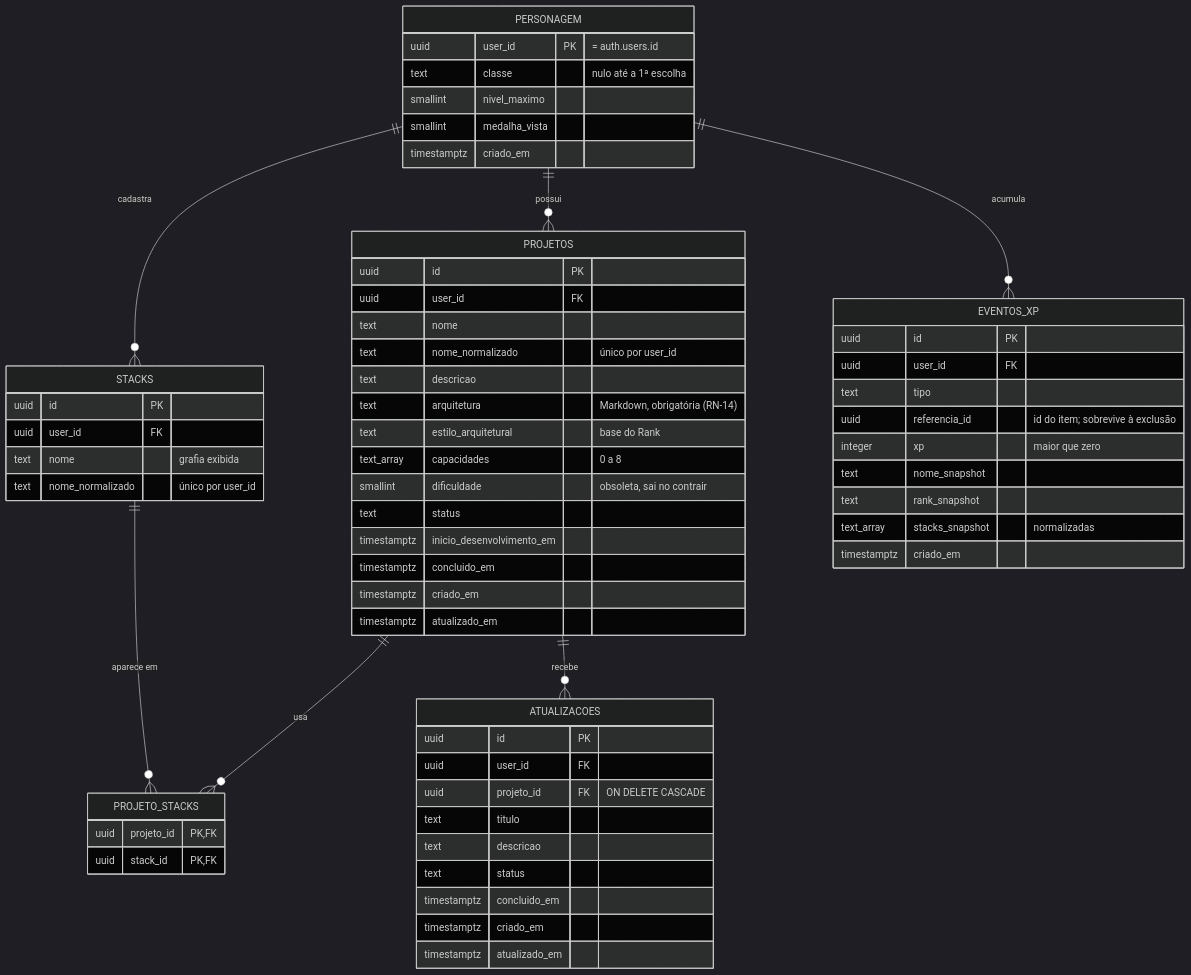
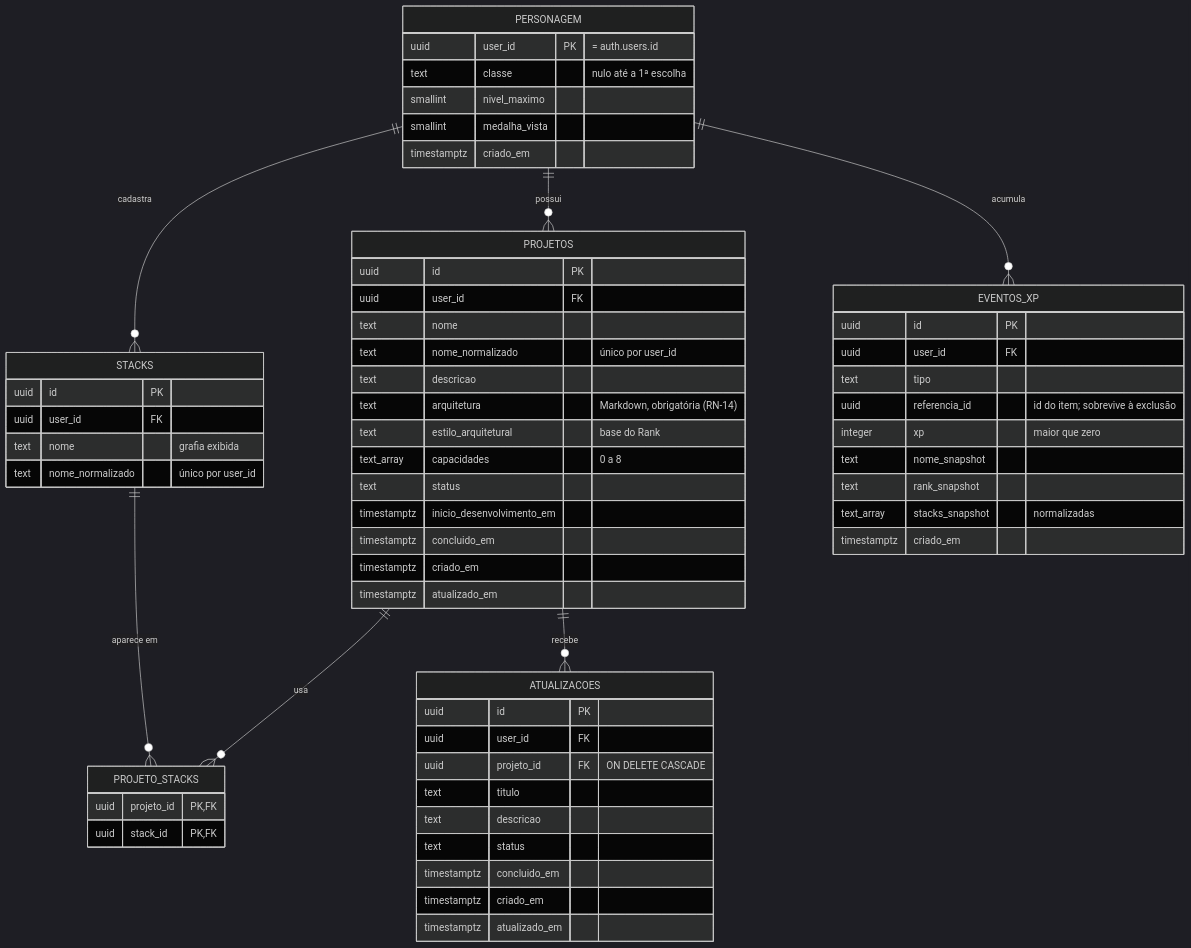
One commit to BrenoZG/gestor-projetos-rpg changed the diagram in docs/modelo-de-dados.md. Above: the diagram before and after it, drawn with Mermaid (dark theme). The commit also changed other lines of this file and 3 other files, not shown here.

````diff
--- a/docs/modelo-de-dados.md
+++ b/docs/modelo-de-dados.md
@@ -9,65 +9,64 @@
 ```mermaid
 erDiagram
     PERSONAGEM ||--o{ PROJETOS : possui
     PERSONAGEM ||--o{ STACKS : cadastra
     PROJETOS ||--o{ PROJETO_STACKS : usa
     STACKS ||--o{ PROJETO_STACKS : "aparece em"
     PROJETOS ||--o{ ATUALIZACOES : recebe
     PERSONAGEM ||--o{ EVENTOS_XP : acumula
 
     PERSONAGEM {
         uuid user_id PK "= auth.users.id"
         text classe "nulo até a 1ª escolha"
         smallint nivel_maximo
         smallint medalha_vista
         timestamptz criado_em
     }
     PROJETOS {
         uuid id PK
         uuid user_id FK
         text nome
         text nome_normalizado "único por user_id"
         text descricao
         text arquitetura "Markdown, obrigatória (RN-14)"
         text estilo_arquitetural "base do Rank"
         text_array capacidades "0 a 8"
-        smallint dificuldade "obsoleta, sai no contrair"
         text status
         timestamptz inicio_desenvolvimento_em
         timestamptz concluido_em
         timestamptz criado_em
         timestamptz atualizado_em
     }
     STACKS {
         uuid id PK
         uuid user_id FK
         text nome "grafia exibida"
         text nome_normalizado "único por user_id"
     }
     PROJETO_STACKS {
         uuid projeto_id PK, FK
         uuid stack_id PK, FK
     }
     ATUALIZACOES {
         uuid id PK
         uuid user_id FK
         uuid projeto_id FK "ON DELETE CASCADE"
         text titulo
         text descricao
         text status
         timestamptz concluido_em
         timestamptz criado_em
         timestamptz atualizado_em
     }
     EVENTOS_XP {
         uuid id PK
         uuid user_id FK
         text tipo
         uuid referencia_id "id do item; sobrevive à exclusão"
         integer xp "maior que zero"
         text nome_snapshot
         text rank_snapshot
         text_array stacks_snapshot "normalizadas"
         timestamptz criado_em
     }
 ```
````
